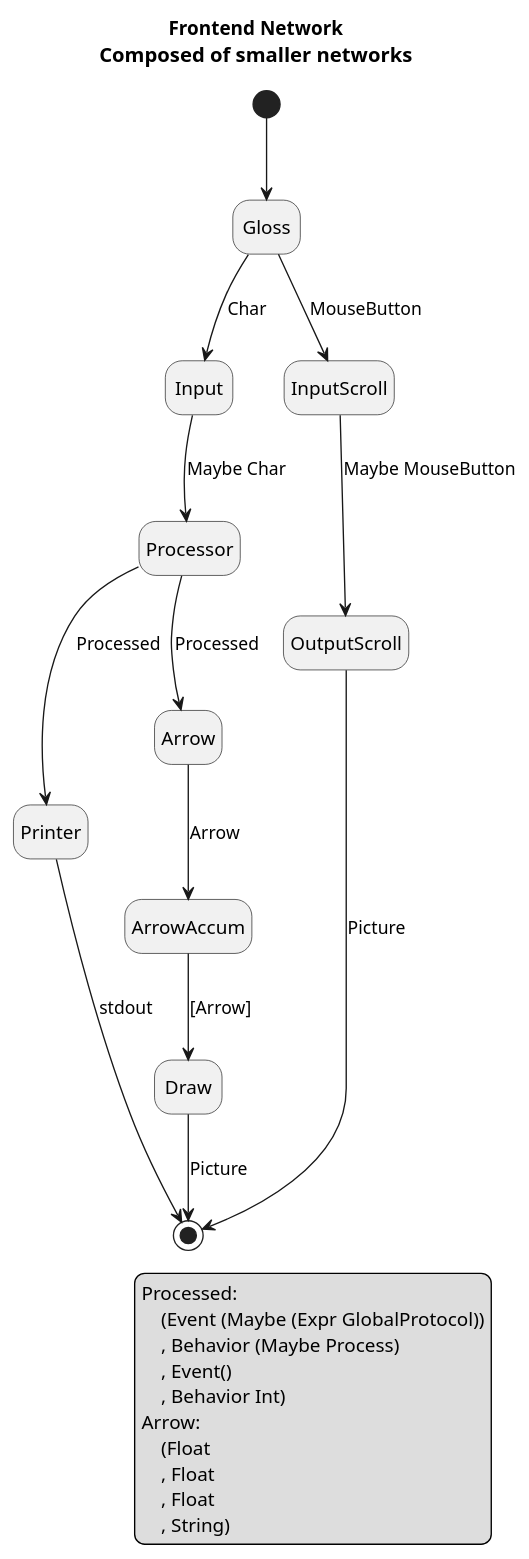
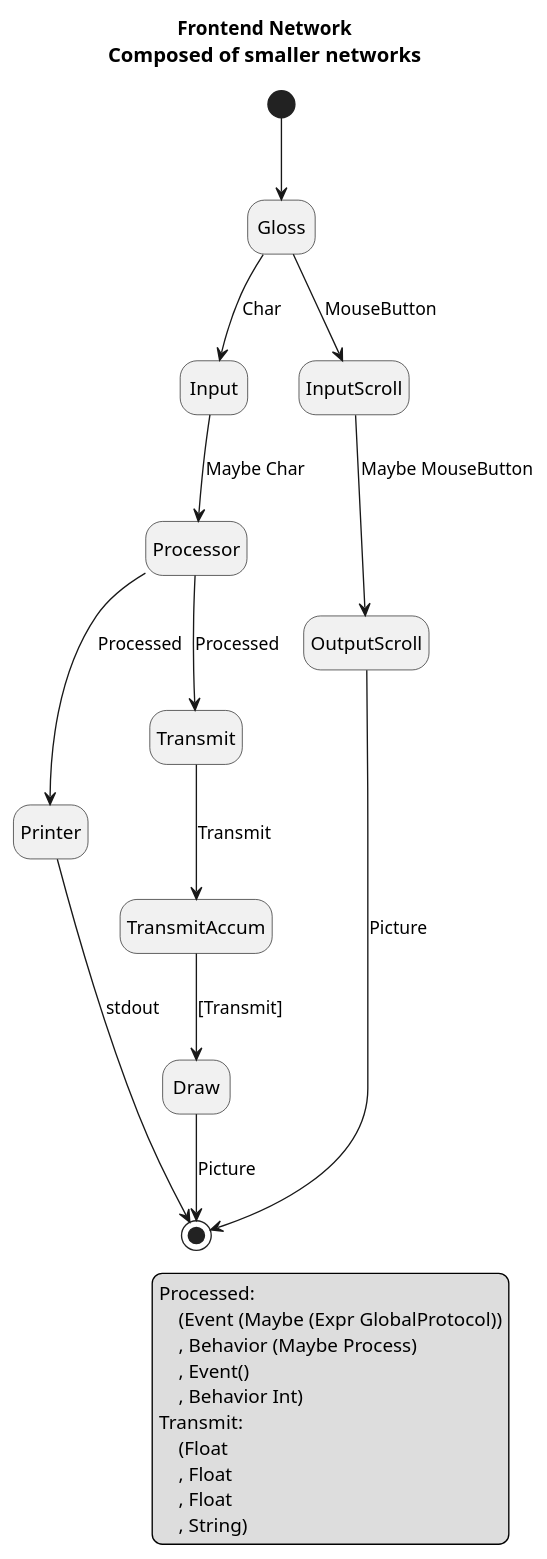
The diagram in ecce/network.pu (DistriLab/msess-visualizer), drawn with PlantUML before and after one commit. The commit also changed 1 other file, not shown here.

Commit message:
Rename Arrow to Transmit
Avoid name clash with Control.Arrow

```diff
--- a/ecce/network.pu
+++ b/ecce/network.pu
@@ -1,36 +1,36 @@
 @startuml
 
 hide empty description
 
 title Frontend Network\n<size:15>Composed of smaller networks</size>
 
 [*] --> Gloss
 Processor --> Printer: Processed
 
 Gloss --> Input: Char
 Input --> Processor: Maybe Char
-Processor --> Arrow: Processed
-Arrow --> ArrowAccum: Arrow
-ArrowAccum --> Draw: [Arrow]
+Processor --> Transmit: Processed
+Transmit --> TransmitAccum: Transmit
+TransmitAccum --> Draw: [Transmit]
 
 Gloss --> InputScroll: MouseButton
 InputScroll --> OutputScroll: Maybe MouseButton
 
 Draw --> [*]: Picture
 OutputScroll --> [*]: Picture
 Printer --> [*]: stdout
 
 legend right
     Processed:
         (Event (Maybe (Expr GlobalProtocol))
         , Behavior (Maybe Process)
         , Event()
         , Behavior Int)
-    Arrow:
+    Transmit:
         (Float
         , Float
         , Float
         , String)
 endlegend
 
 @enduml
```
